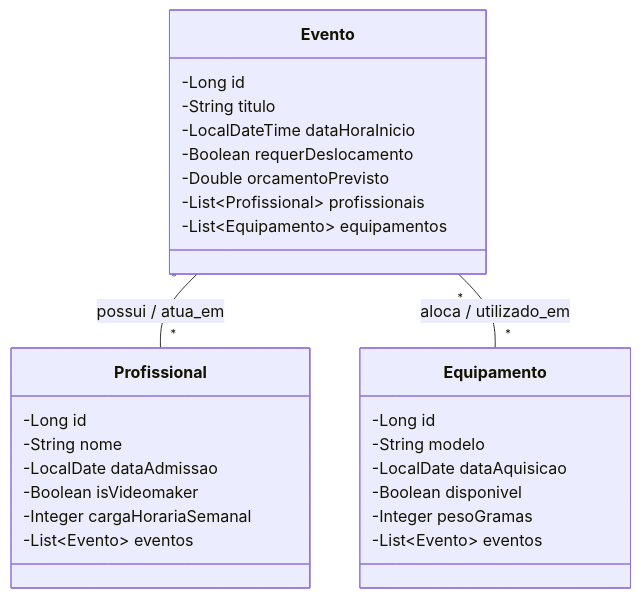
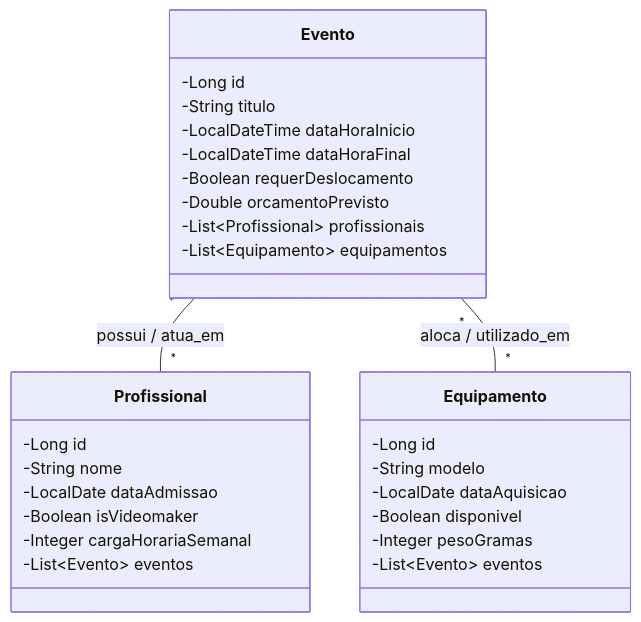
Before and after one commit to JoaoManoelSilvaMorais/GerenciadorDeAgendasSECOM: the diagram in README.md, drawn with Mermaid.

Commit message:
Fix formatting issues in README.md

````diff
--- a/README.md
+++ b/README.md
@@ -5,36 +5,37 @@
 ```mermaid
 classDiagram
     direction TB
 
     class Profissional {
         -Long id
         -String nome
         -LocalDate dataAdmissao
         -Boolean isVideomaker
         -Integer cargaHorariaSemanal
         -List~Evento~ eventos
     }
 
     class Evento {
         -Long id
         -String titulo
         -LocalDateTime dataHoraInicio
+        -LocalDateTime dataHoraFinal
         -Boolean requerDeslocamento
         -Double orcamentoPrevisto
         -List~Profissional~ profissionais
         -List~Equipamento~ equipamentos
     }
 
     class Equipamento {
         -Long id
         -String modelo
         -LocalDate dataAquisicao
         -Boolean disponivel
         -Integer pesoGramas
         -List~Evento~ eventos
     }
 
     %% Relacionamentos N:N mapeados nas listas
     Evento "*" -- "*" Profissional : possui / atua_em
     Evento "*" -- "*" Equipamento : aloca / utilizado_em
 ```
````
